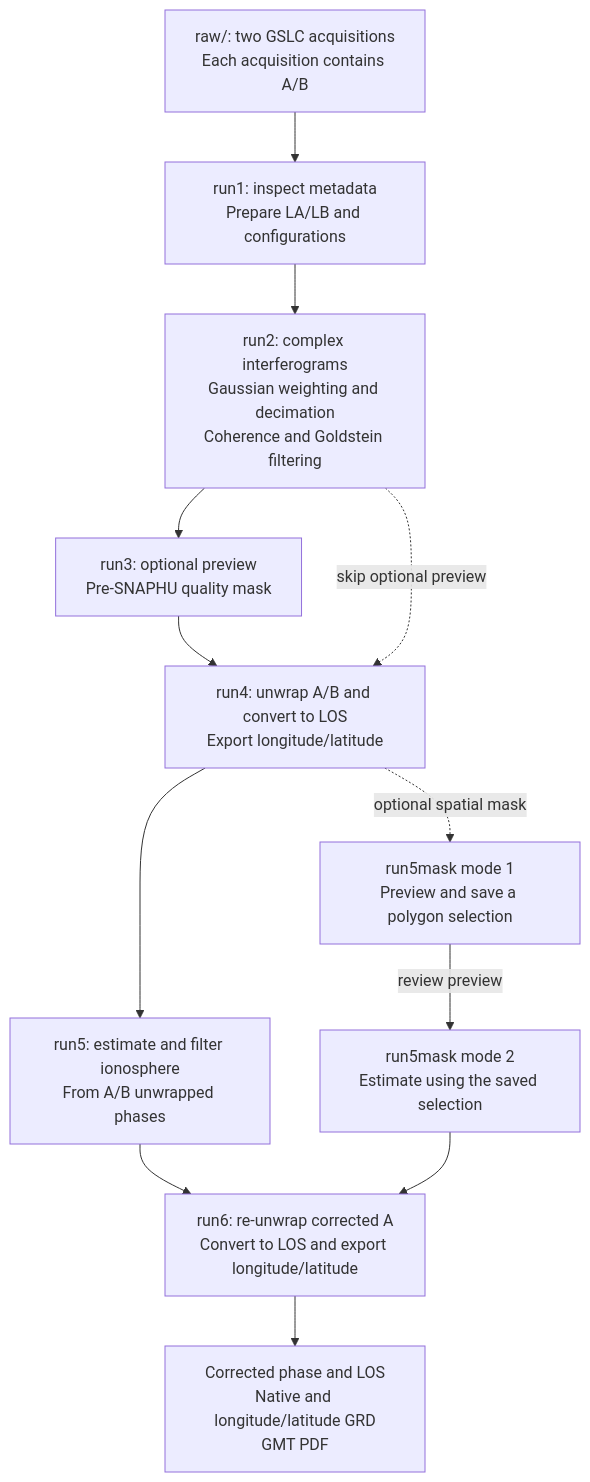
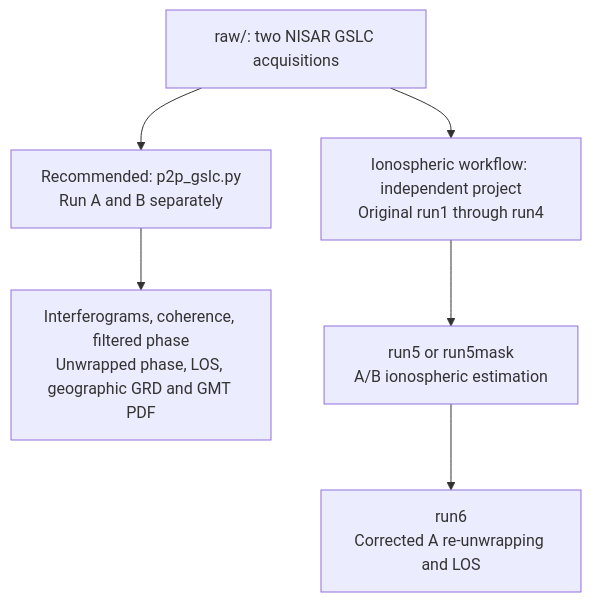
One commit to Xin-Wang-520/gmtsar-nisar-gslc-dinsar-workflow changed the diagram in README.md. Above: the diagram before and after it, drawn with Mermaid. The commit also changed other lines of this file and 4 other files, not shown here.

Commit message:
Add recommended GSLC p2p Python entry and configuration templates

````diff
--- a/README.md
+++ b/README.md
@@ -45,19 +192,11 @@
 ```mermaid
 flowchart TD
-    INPUT["raw/: two GSLC acquisitions<br/>Each acquisition contains A/B"]
-    R1["run1: inspect metadata<br/>Prepare LA/LB and configurations"]
-    R2["run2: complex interferograms<br/>Gaussian weighting and decimation<br/>Coherence and Goldstein filtering"]
-    R3["run3: optional preview<br/>Pre-SNAPHU quality mask"]
-    R4["run4: unwrap A/B and convert to LOS<br/>Export longitude/latitude"]
-    R5["run5: estimate and filter ionosphere<br/>From A/B unwrapped phases"]
-    M1["run5mask mode 1<br/>Preview and save a polygon selection"]
-    M2["run5mask mode 2<br/>Estimate using the saved selection"]
-    R6["run6: re-unwrap corrected A<br/>Convert to LOS and export longitude/latitude"]
-    OUTPUT["Corrected phase and LOS<br/>Native and longitude/latitude GRD<br/>GMT PDF"]
-    INPUT --> R1 --> R2 --> R3 --> R4
-    R2 -. "skip optional preview" .-> R4
-    R4 --> R5 --> R6
-    R4 -. "optional spatial mask" .-> M1
-    M1 -->|"review preview"| M2 --> R6
-    R6 --> OUTPUT
+    INPUT["raw/: two NISAR GSLC acquisitions"]
+    PAIR["Recommended: p2p_gslc.py<br/>Run A and B separately"]
+    PRODUCTS["Interferograms, coherence, filtered phase<br/>Unwrapped phase, LOS, geographic GRD and GMT PDF"]
+    LEGACY["Ionospheric workflow: independent project<br/>Original run1 through run4"]
+    IONO["run5 or run5mask<br/>A/B ionospheric estimation"]
+    CORRECT["run6<br/>Corrected A re-unwrapping and LOS"]
+    INPUT --> PAIR --> PRODUCTS
+    INPUT --> LEGACY --> IONO --> CORRECT
 ```
````
